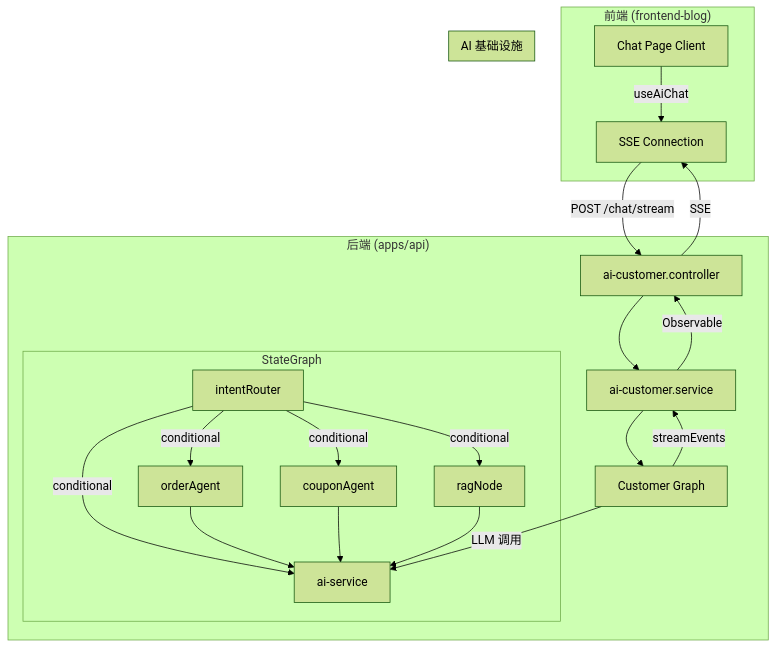
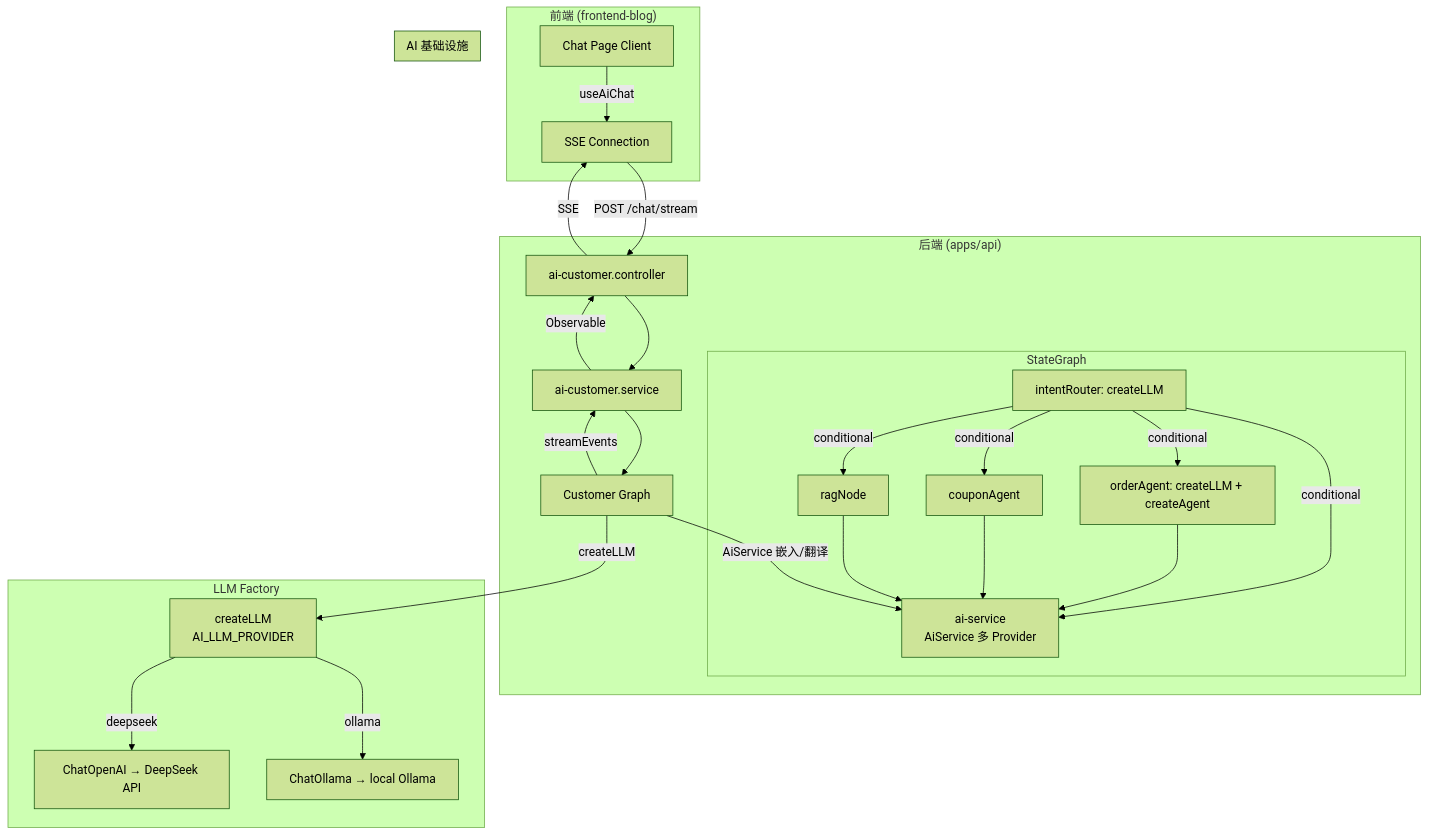
One commit to MrBigPorter/JoyMini_Nest_Monorepo changed the fourth of 6 diagrams in docs/AI-joymini/ai-customer-sdd.md. Above: the diagram before and after it, drawn with Mermaid (forest theme). The commit also changed other lines of this file and 34 other files, not shown here.

First line of the commit message:
feat(ai-customer): order agent production readiness + comprehensive docs

````diff
--- a/docs/AI-joymini/ai-customer-sdd.md
+++ b/docs/AI-joymini/ai-customer-sdd.md
@@ -924,32 +931,39 @@
 ```mermaid
 graph TB
     subgraph "前端 (frontend-blog)"
         FC[Chat Page Client] -->|useAiChat| SSE[SSE Connection]
     end
     
     subgraph "后端 (apps/api)"
         SSE -->|POST /chat/stream| C[ai-customer.controller]
         C --> S[ai-customer.service]
         S --> G[Customer Graph]
         
         subgraph "StateGraph"
-            IR[intentRouter] -->|conditional| OA[orderAgent]
+            IR[intentRouter: createLLM] -->|conditional| OA[orderAgent: createLLM + createAgent]
             IR -->|conditional| CA[couponAgent]
             IR -->|conditional| RN[ragNode]
-            IR -->|conditional| AS[answerSynthesizer]
+            IR -->|conditional| AS[answerSynthesizer: createLLM]
             OA --> AS
             CA --> AS
             RN --> AS
         end
         
         G -->|streamEvents| S
         S -->|Observable| C
         C -->|SSE| SSE
     end
     
-    subgraph "AI 基础设施"
-        AS[ai-service]
+    subgraph "LLM Factory"
+        LF[createLLM<br/>AI_LLM_PROVIDER]
+        LF -->|deepseek| DS[ChatOpenAI → DeepSeek API]
+        LF -->|ollama| OL[ChatOllama → local Ollama]
     end
     
-    G -->|LLM 调用| AS
+    subgraph "AI 基础设施"
+        AS[ai-service<br/>AiService 多 Provider]
+    end
+    
+    G -->|createLLM| LF
+    G -->|AiService 嵌入/翻译| AS
 ```
````
